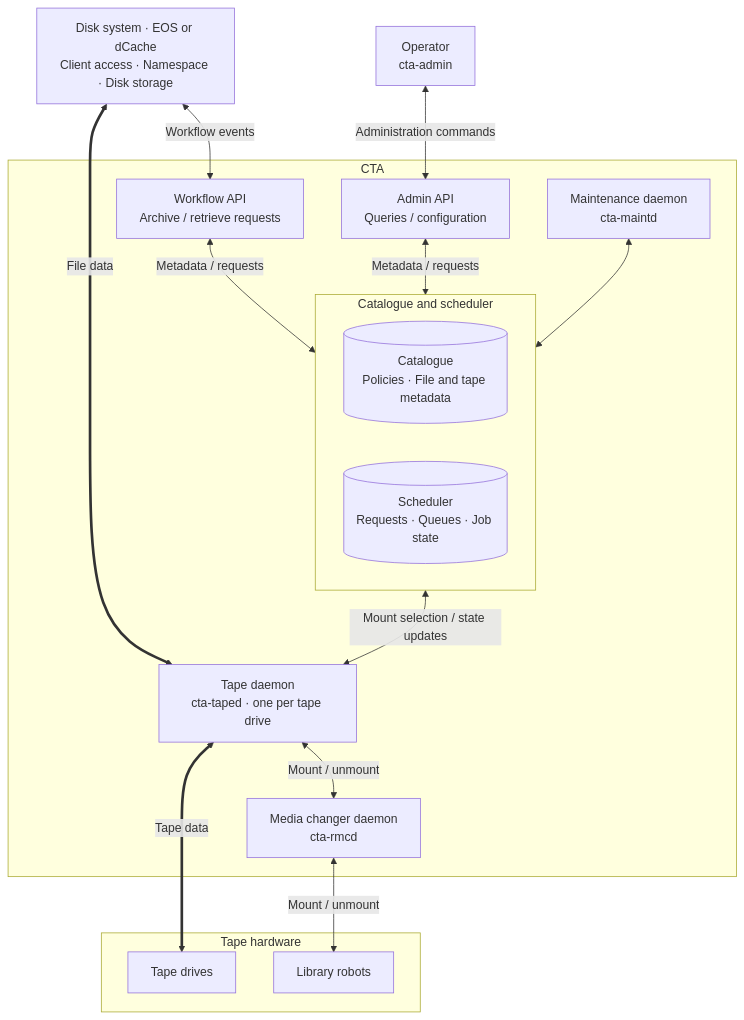
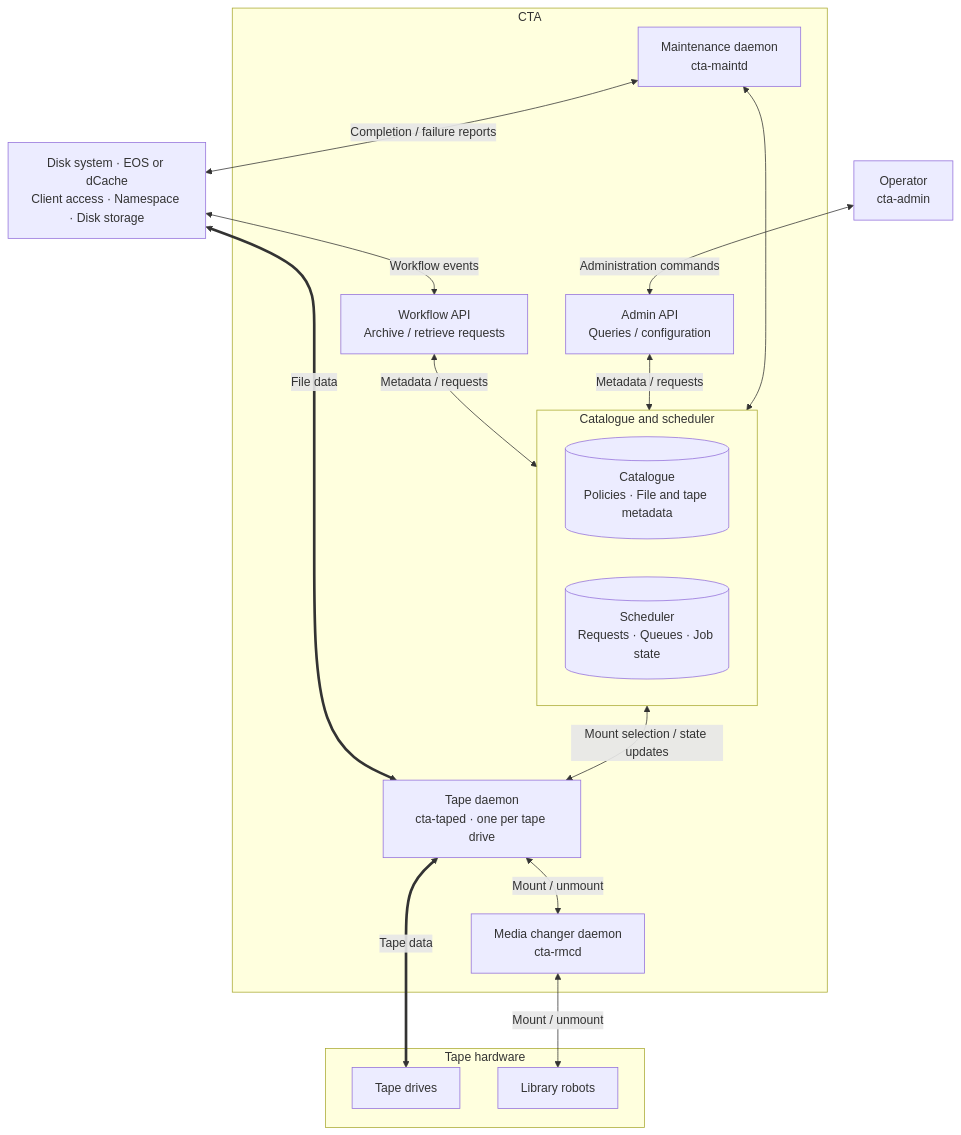
One commit to cern-cta/CTA changed the diagram in docs/content/concepts/components/index.md. Above: the diagram before and after it, drawn with Mermaid. The commit also changed other lines of this file and 14 other files, not shown here.

````diff
--- a/docs/content/concepts/components/index.md
+++ b/docs/content/concepts/components/index.md
@@ -9,33 +9,34 @@
 ```mermaid
 flowchart TB
     disk["Disk system · EOS or dCache<br/>Client access · Namespace · Disk storage"]
     operator["Operator<br/>cta-admin"]
 
     subgraph CTA["CTA"]
         workflow["Workflow API<br/>Archive / retrieve requests"]
         admin["Admin API<br/>Queries / configuration"]
         subgraph stores["Catalogue and scheduler"]
             catalogue[("Catalogue<br/>Policies · File and tape metadata")]
             scheduler[("Scheduler<br/>Requests · Queues · Job state")]
         end
         maintd["Maintenance daemon<br/>cta-maintd"]
         taped["Tape daemon<br/>cta-taped · one per tape drive"]
         rmcd["Media changer daemon<br/>cta-rmcd"]
     end
 
     subgraph hardware["Tape hardware"]
         drives["Tape drives"]
         robots["Library robots"]
     end
 
     disk <-->|Workflow events| workflow
     operator <-->|Administration commands| admin
     workflow <-->|Metadata / requests| stores
     admin <-->|Metadata / requests| stores
     maintd <--> stores
+    maintd <-->|Completion / failure reports| disk
     stores <-->|Mount selection / state updates| taped
     taped <-->|Mount / unmount| rmcd
     taped <==>|Tape data| drives
     rmcd <-->|Mount / unmount| robots
     disk <==>|File data| taped
 ```
````
